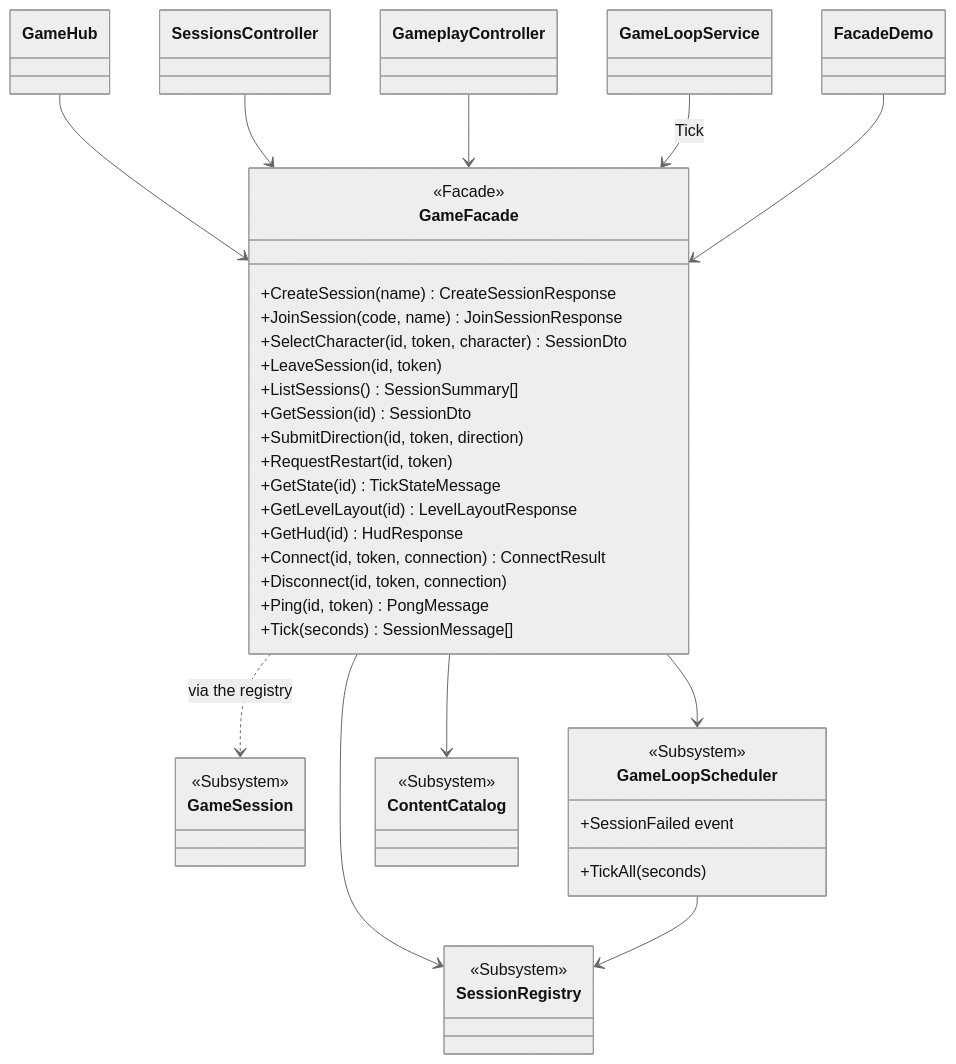
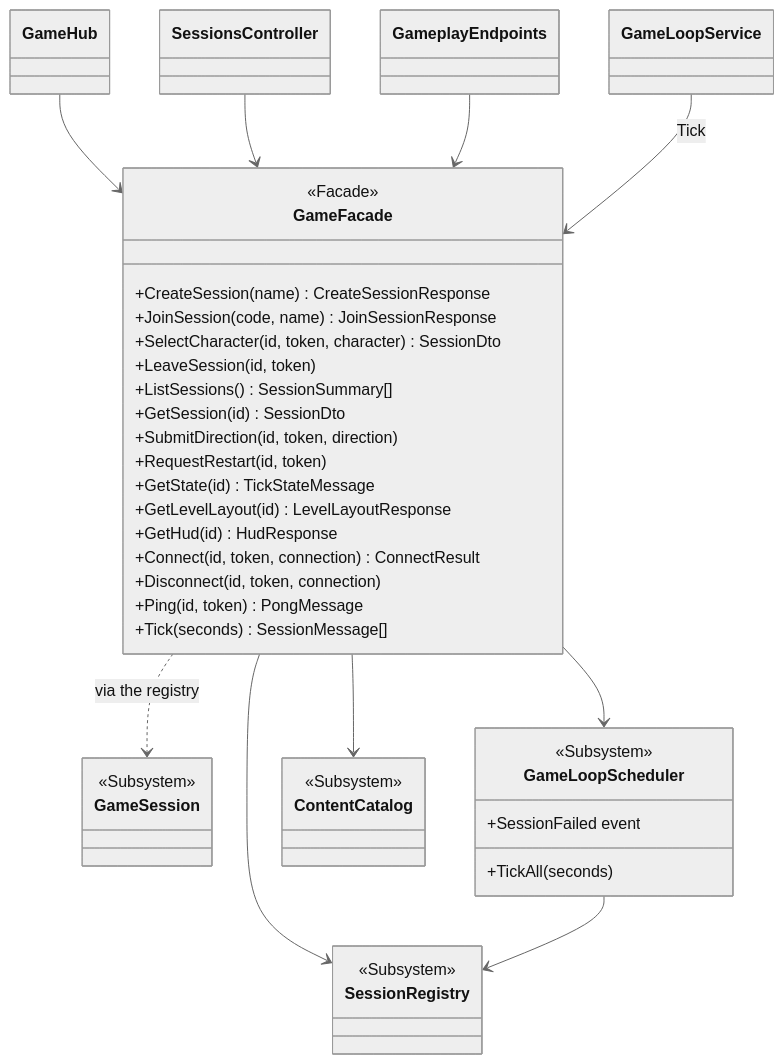
The second of 2 diagrams in docs/patterns/Facade.md (YoBoyJonas/OPP), drawn with Mermaid (neutral theme) before and after one commit. The commit also changed other lines of this file and 94 other files, not shown here.

````diff
--- a/docs/patterns/Facade.md
+++ b/docs/patterns/Facade.md
@@ -75,44 +74,42 @@
 ```mermaid
 classDiagram
     class GameFacade {
         <<Facade>>
         +CreateSession(name) CreateSessionResponse
         +JoinSession(code, name) JoinSessionResponse
         +SelectCharacter(id, token, character) SessionDto
         +LeaveSession(id, token)
         +ListSessions() SessionSummary[]
         +GetSession(id) SessionDto
         +SubmitDirection(id, token, direction)
         +RequestRestart(id, token)
         +GetState(id) TickStateMessage
         +GetLevelLayout(id) LevelLayoutResponse
         +GetHud(id) HudResponse
         +Connect(id, token, connection) ConnectResult
         +Disconnect(id, token, connection)
         +Ping(id, token) PongMessage
         +Tick(seconds) SessionMessage[]
     }
     class SessionRegistry { <<Subsystem>> }
     class GameSession { <<Subsystem>> }
     class GameLoopScheduler {
         <<Subsystem>>
         +TickAll(seconds)
         +SessionFailed event
     }
     class ContentCatalog { <<Subsystem>> }
     class GameHub
     class SessionsController
-    class GameplayController
+    class GameplayEndpoints
     class GameLoopService
-    class FacadeDemo
     GameHub --> GameFacade
     SessionsController --> GameFacade
-    GameplayController --> GameFacade
+    GameplayEndpoints --> GameFacade
     GameLoopService --> GameFacade : Tick
-    FacadeDemo --> GameFacade
     GameFacade --> SessionRegistry
     GameFacade --> GameLoopScheduler
     GameFacade --> ContentCatalog
     GameFacade ..> GameSession : via the registry
     GameLoopScheduler --> SessionRegistry
 ```
````
